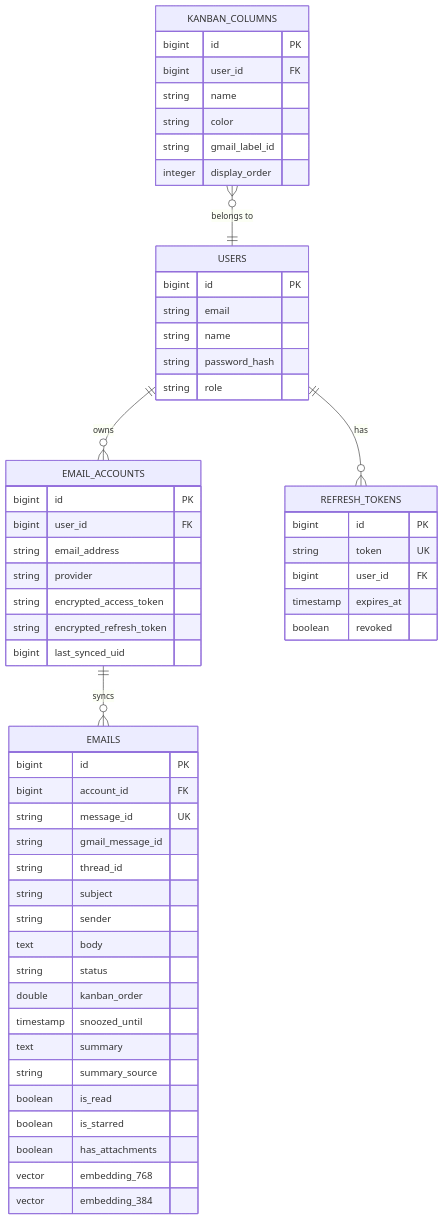
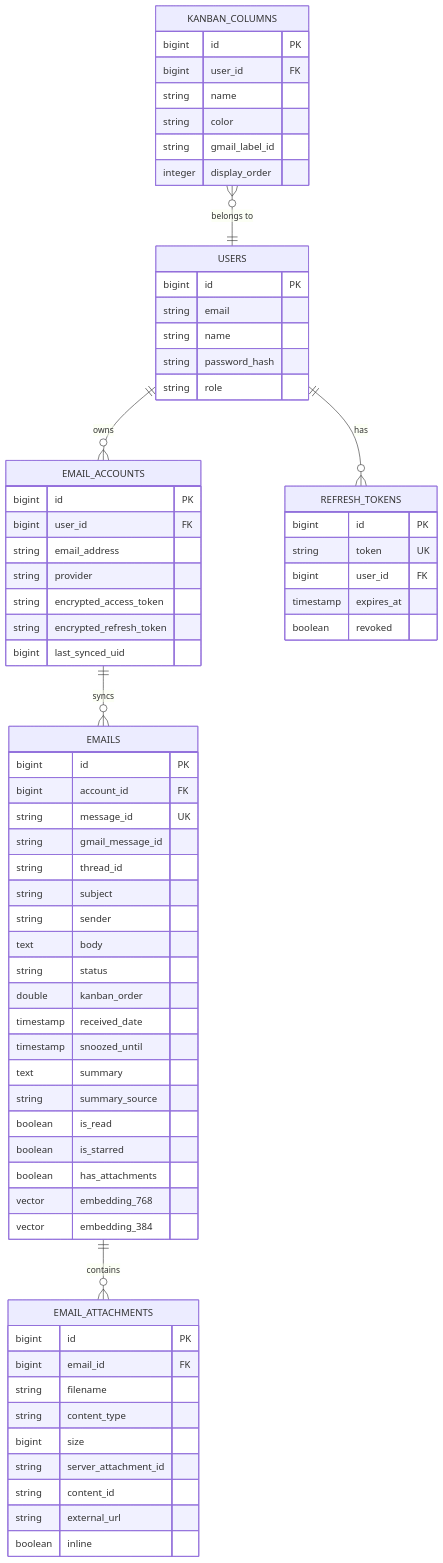
Before and after one commit to tlavu2004/mailboard-backend: the second of 2 diagrams in README.md, drawn with Mermaid. The commit also changed other lines of this file, not shown here.

Commit message:
docs(readme): update ER diagram and migration count for email attachments

````diff
--- a/README.md
+++ b/README.md
@@ -126,63 +126,77 @@
 ```mermaid
 erDiagram
     USERS ||--o{ EMAIL_ACCOUNTS : owns
     USERS ||--o{ REFRESH_TOKENS : has
     EMAIL_ACCOUNTS ||--o{ EMAILS : syncs
+    EMAILS ||--o{ EMAIL_ATTACHMENTS : contains
     KANBAN_COLUMNS }o--|| USERS : "belongs to"
 
     USERS {
         bigint id PK
         string email
         string name
         string password_hash
         string role
     }
 
     EMAIL_ACCOUNTS {
         bigint id PK
         bigint user_id FK
         string email_address
         string provider
         string encrypted_access_token
         string encrypted_refresh_token
         bigint last_synced_uid
     }
 
     EMAILS {
         bigint id PK
         bigint account_id FK
         string message_id UK
         string gmail_message_id
         string thread_id
         string subject
         string sender
         text body
         string status
         double kanban_order
+        timestamp received_date
         timestamp snoozed_until
         text summary
         string summary_source
         boolean is_read
         boolean is_starred
         boolean has_attachments
         vector embedding_768
         vector embedding_384
+    }
+
+    EMAIL_ATTACHMENTS {
+        bigint id PK
+        bigint email_id FK
+        string filename
+        string content_type
+        bigint size
+        string server_attachment_id
+        string content_id
+        string external_url
+        boolean inline
     }
 
     KANBAN_COLUMNS {
         bigint id PK
         bigint user_id FK
         string name
         string color
         string gmail_label_id
         integer display_order
     }
 
     REFRESH_TOKENS {
         bigint id PK
         string token UK
         bigint user_id FK
         timestamp expires_at
         boolean revoked
     }
 ```
````
